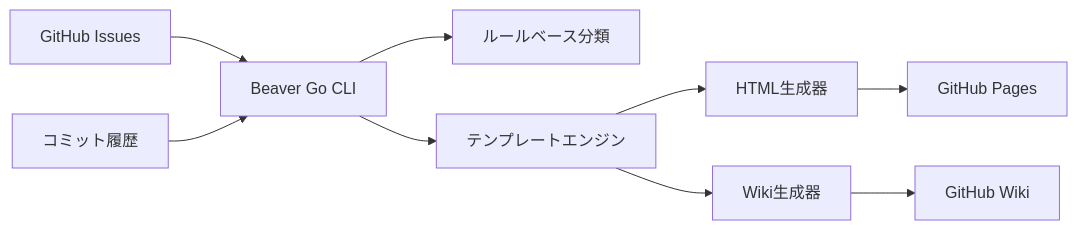
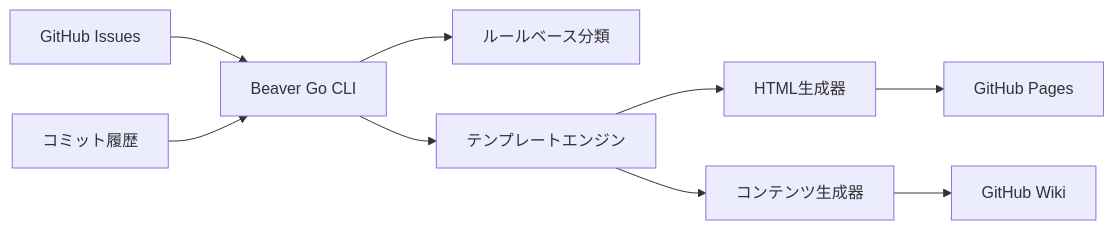
The first of 2 diagrams in README.md (nyasuto/beaver), drawn with Mermaid before and after one commit. The commit also changed other lines of this file and 47 other files, not shown here.

````diff
--- a/README.md
+++ b/README.md
@@ -61,11 +61,11 @@
 ```mermaid
 graph LR
     A[GitHub Issues] --> B[Beaver Go CLI]
     C[コミット履歴] --> B
     B --> D[ルールベース分類]
     B --> E[テンプレートエンジン]
     E --> F[HTML生成器]
-    E --> G[Wiki生成器]
+    E --> G[コンテンツ生成器]
     F --> H[GitHub Pages]
     G --> I[GitHub Wiki]
 ```
````
